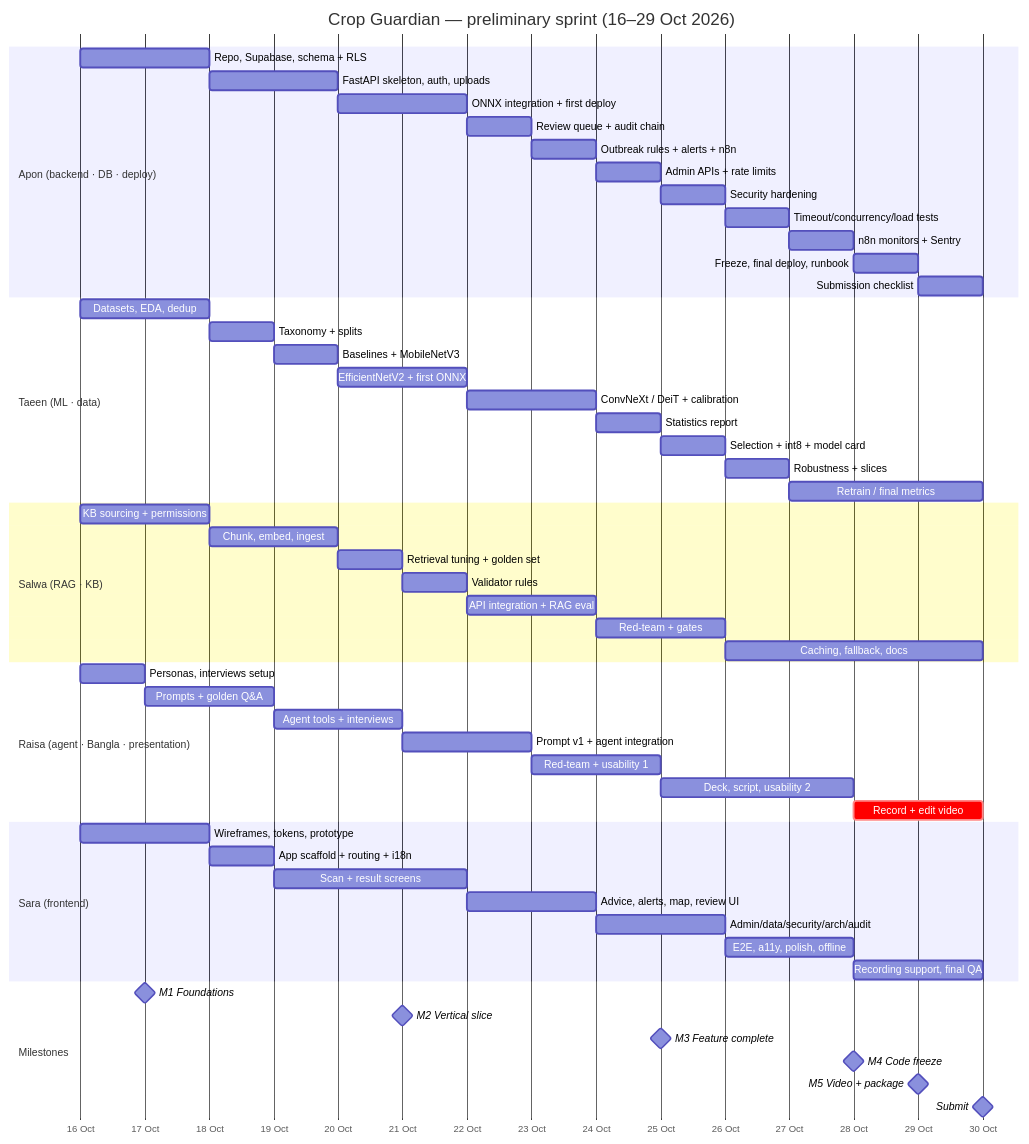
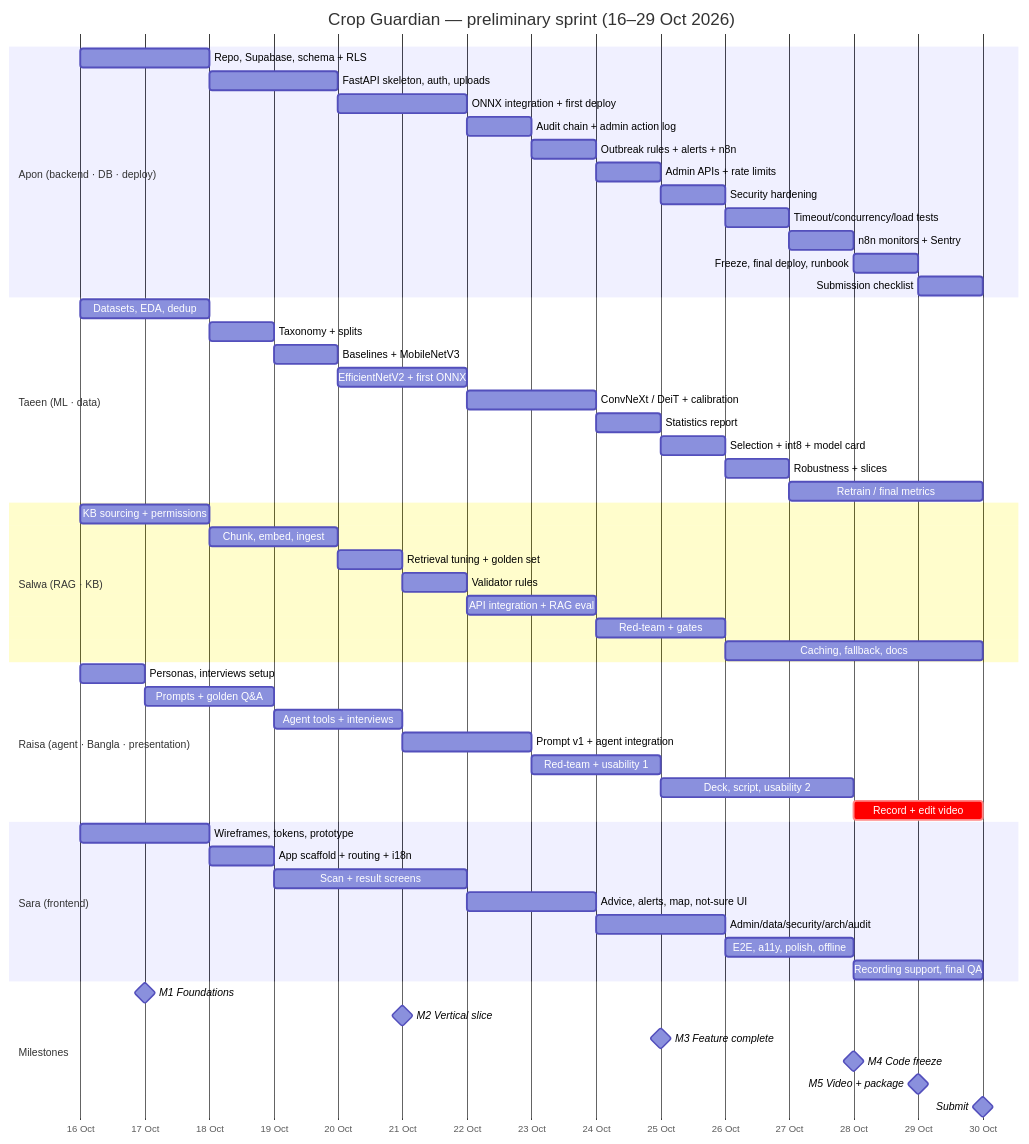
The diagram in cropguardian/docs/plan/gantt.md (muhtasim-apon/Infinity_AI_Buildfest), drawn with Mermaid before and after one commit. The commit also changed other lines of this file and 221 other files, not shown here.

````diff
--- a/cropguardian/docs/plan/gantt.md
+++ b/cropguardian/docs/plan/gantt.md
@@ -41,65 +41,65 @@
 ```mermaid
 gantt
   title Crop Guardian — preliminary sprint (16–29 Oct 2026)
   dateFormat  YYYY-MM-DD
   axisFormat  %d %b
 
   section Apon (backend · DB · deploy)
   Repo, Supabase, schema + RLS        :a1, 2026-10-16, 2d
   FastAPI skeleton, auth, uploads     :a2, 2026-10-18, 2d
   ONNX integration + first deploy     :a3, 2026-10-20, 2d
-  Review queue + audit chain          :a4, 2026-10-22, 1d
+  Audit chain + admin action log     :a4, 2026-10-22, 1d
   Outbreak rules + alerts + n8n       :a5, 2026-10-23, 1d
   Admin APIs + rate limits            :a6, 2026-10-24, 1d
   Security hardening                  :a7, 2026-10-25, 1d
   Timeout/concurrency/load tests      :a8, 2026-10-26, 1d
   n8n monitors + Sentry               :a9, 2026-10-27, 1d
   Freeze, final deploy, runbook       :a10, 2026-10-28, 1d
   Submission checklist                :a11, 2026-10-29, 1d
 
   section Taeen (ML · data)
   Datasets, EDA, dedup                :t1, 2026-10-16, 2d
   Taxonomy + splits                   :t2, 2026-10-18, 1d
   Baselines + MobileNetV3             :t3, 2026-10-19, 1d
   EfficientNetV2 + first ONNX         :t4, 2026-10-20, 2d
   ConvNeXt / DeiT + calibration       :t5, 2026-10-22, 2d
   Statistics report                   :t6, 2026-10-24, 1d
   Selection + int8 + model card       :t7, 2026-10-25, 1d
   Robustness + slices                 :t8, 2026-10-26, 1d
   Retrain / final metrics             :t9, 2026-10-27, 3d
 
   section Salwa (RAG · KB)
   KB sourcing + permissions           :s1, 2026-10-16, 2d
   Chunk, embed, ingest                :s2, 2026-10-18, 2d
   Retrieval tuning + golden set       :s3, 2026-10-20, 1d
   Validator rules                     :s4, 2026-10-21, 1d
   API integration + RAG eval          :s5, 2026-10-22, 2d
   Red-team + gates                    :s6, 2026-10-24, 2d
   Caching, fallback, docs             :s7, 2026-10-26, 4d
 
   section Raisa (agent · Bangla · presentation)
   Personas, interviews setup          :r1, 2026-10-16, 1d
   Prompts + golden Q&A                :r2, 2026-10-17, 2d
   Agent tools + interviews            :r3, 2026-10-19, 2d
   Prompt v1 + agent integration       :r4, 2026-10-21, 2d
   Red-team + usability 1              :r5, 2026-10-23, 2d
   Deck, script, usability 2           :r6, 2026-10-25, 3d
   Record + edit video                 :crit, r7, 2026-10-28, 2d
 
   section Sara (frontend)
   Wireframes, tokens, prototype       :f1, 2026-10-16, 2d
   App scaffold + routing + i18n       :f2, 2026-10-18, 1d
   Scan + result screens               :f3, 2026-10-19, 3d
-  Advice, alerts, map, review UI      :f4, 2026-10-22, 2d
+  Advice, alerts, map, not-sure UI   :f4, 2026-10-22, 2d
   Admin/data/security/arch/audit      :f5, 2026-10-24, 2d
   E2E, a11y, polish, offline          :f6, 2026-10-26, 2d
   Recording support, final QA         :f7, 2026-10-28, 2d
 
   section Milestones
   M1 Foundations                      :milestone, m1, 2026-10-17, 0d
   M2 Vertical slice                   :milestone, m2, 2026-10-21, 0d
   M3 Feature complete                 :milestone, m3, 2026-10-25, 0d
   M4 Code freeze                      :milestone, m4, 2026-10-28, 0d
   M5 Video + package                  :milestone, m5, 2026-10-29, 0d
   Submit                              :milestone, sub, 2026-10-30, 0d
 ```
````
